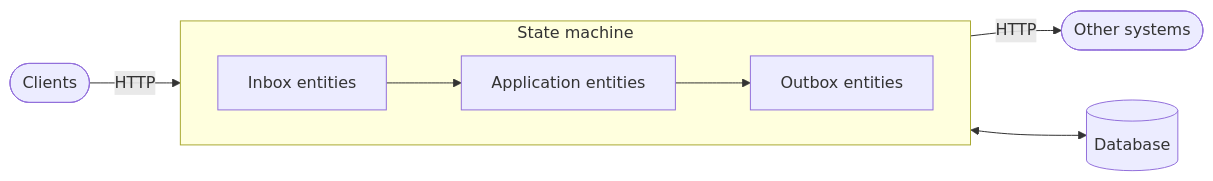
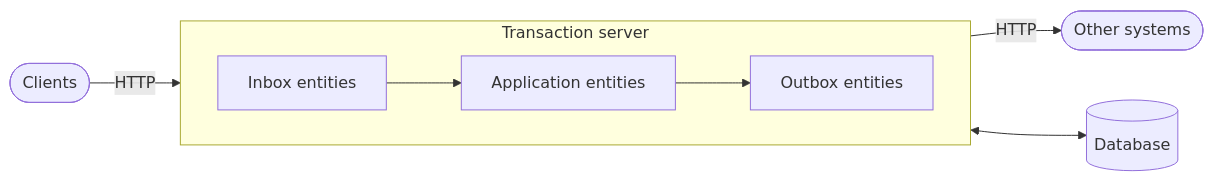
One commit to the-backend-project/tits changed the diagram in docs/architecture.md. Above: the diagram before and after it, drawn with Mermaid. The commit also changed other lines of this file and 11 other files, not shown here.

Commit message:
Split the architecture docs into pages, and document HTTP outboxes (#191)

````diff
--- a/docs/architecture.md
+++ b/docs/architecture.md
@@ -15,11 +28,11 @@
 ```mermaid
 flowchart LR
     client([Clients]) -- HTTP --> inbox
-    subgraph sm [State machine]
+    subgraph sm [Transaction server]
         direction LR
         inbox[Inbox entities] --> app[Application entities]
         app --> outbox[Outbox entities]
     end
     outbox -- HTTP --> remote([Other systems])
     sm <--> db[(Database)]
 ```
````
